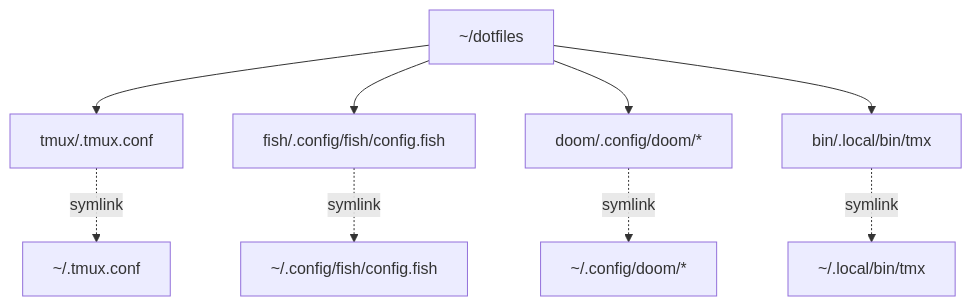
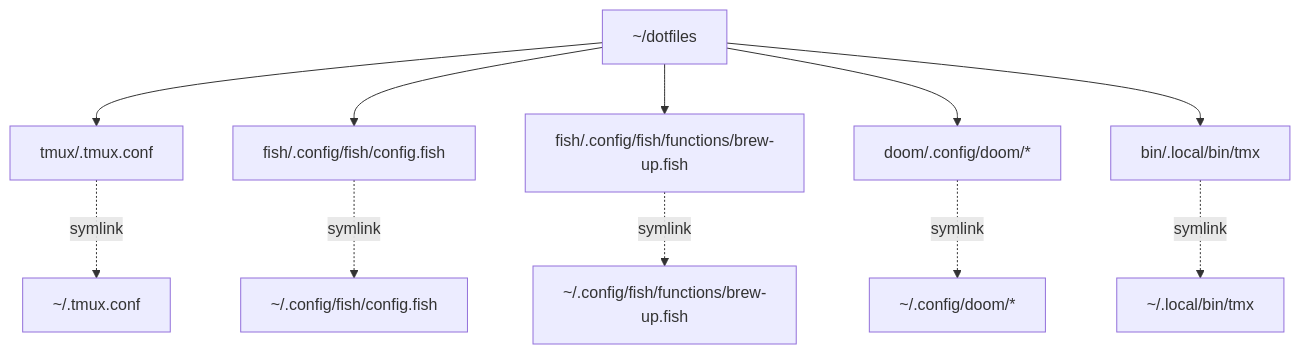
One commit to crystalcheong/dotfiles changed the second of 2 diagrams in README.md. Above: the diagram before and after it, drawn with Mermaid. The commit also changed other lines of this file and 4 other files, not shown here.

Commit message:
refactor(fish): decoupled brew-up as a standalone func

````diff
--- a/README.md
+++ b/README.md
@@ -68,12 +69,14 @@
 ```mermaid
 graph TD
   DF[~/dotfiles] --> TMUX[tmux/.tmux.conf]
   DF --> FISH[fish/.config/fish/config.fish]
+  DF --> FISH_FUNCS[fish/.config/fish/functions/brew-up.fish]
   DF --> DOOM[doom/.config/doom/*]
   DF --> BIN[bin/.local/bin/tmx]
 
   TMUX -.symlink.-> HOME_TMUX[~/.tmux.conf]
   FISH -.symlink.-> HOME_FISH[~/.config/fish/config.fish]
+  FISH_FUNCS -.symlink.-> HOME_FISH_FUNCS[~/.config/fish/functions/brew-up.fish]
   DOOM -.symlink.-> HOME_DOOM[~/.config/doom/*]
   BIN -.symlink.-> HOME_BIN[~/.local/bin/tmx]
 ```
````
